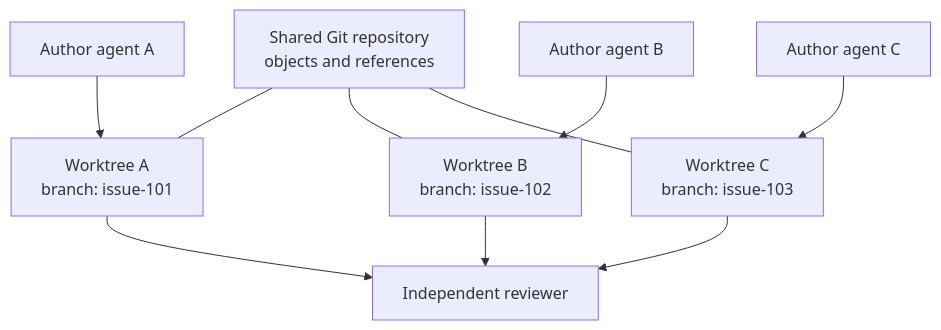
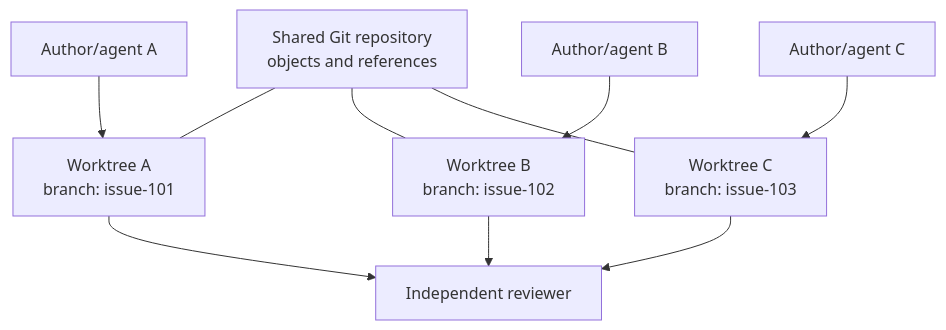
One commit to edouardmisset/learning-curve changed the diagram in src/content/docs/blog/26-git-worktrees-ai.mdx. Above: the diagram before and after it, drawn with Mermaid. The commit also changed other lines of this file and 1 other file, not shown here.

````diff
--- a/src/content/docs/blog/26-git-worktrees-ai.mdx
+++ b/src/content/docs/blog/26-git-worktrees-ai.mdx
@@ -61,19 +47,19 @@
 ```mermaid
 flowchart TB
   R["Shared Git repository<br/>objects and references"]
   W1["Worktree A<br/>branch: issue-101"]
   W2["Worktree B<br/>branch: issue-102"]
   W3["Worktree C<br/>branch: issue-103"]
-  A1["Author agent A"]
-  A2["Author agent B"]
-  A3["Author agent C"]
+  A1["Author/agent A"]
+  A2["Author/agent B"]
+  A3["Author/agent C"]
   RV["Independent reviewer"]
 
   R --- W1
   R --- W2
   R --- W3
   A1 --> W1
   A2 --> W2
   A3 --> W3
   W1 & W2 & W3 --> RV
 ```
````
